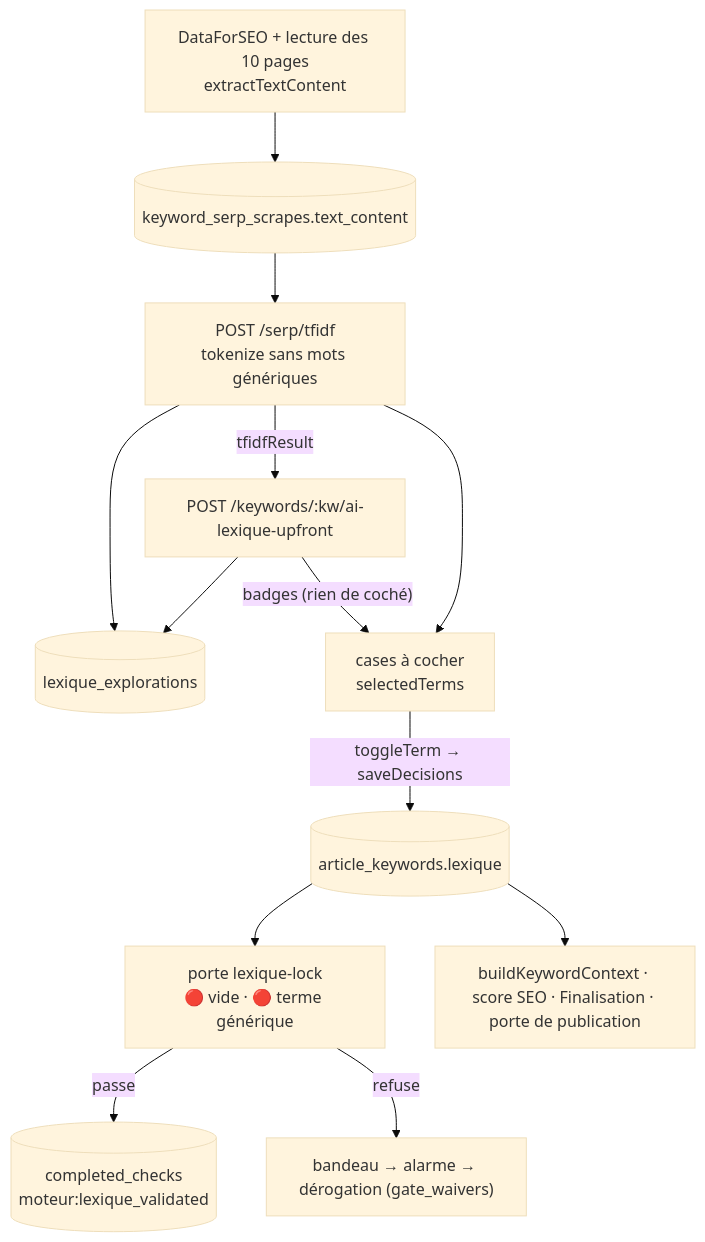
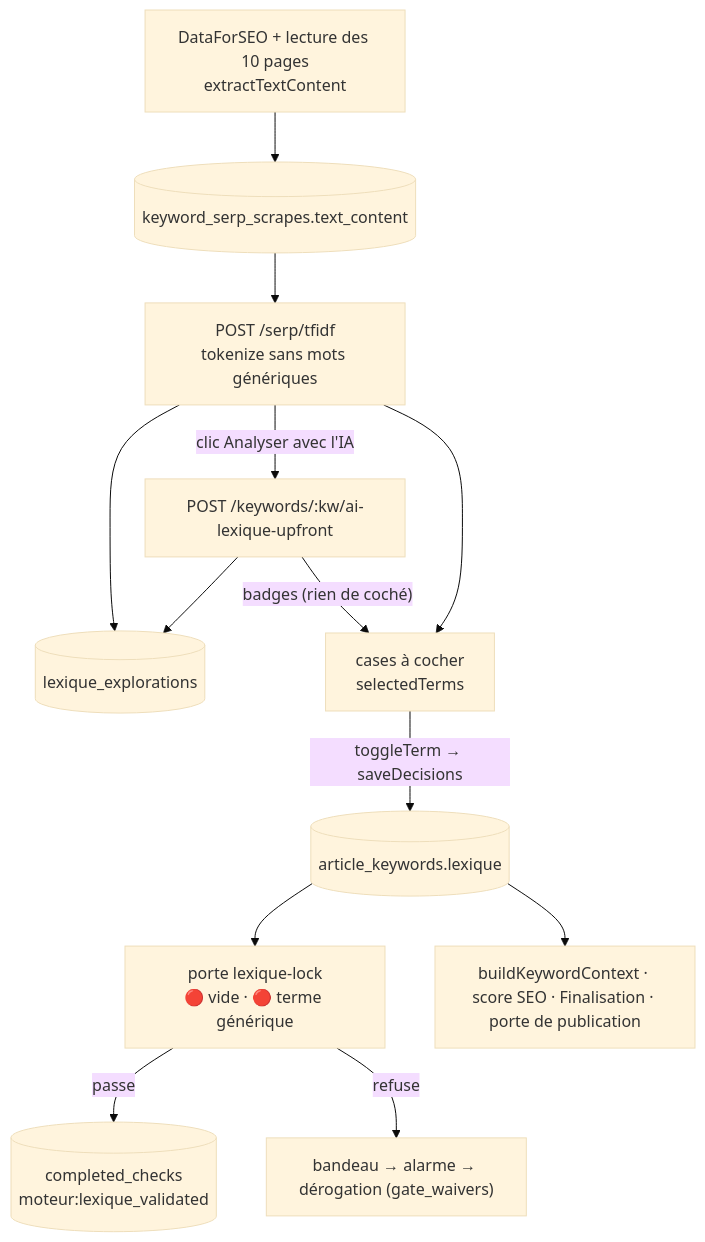
One commit to annubis-knight/Blog_Redactor_SEO changed the diagram in design/data-flows/lexique.md. Above: the diagram before and after it, drawn with Mermaid (base theme). The commit also changed other lines of this file and 17 other files, not shown here.

````diff
--- a/design/data-flows/lexique.md
+++ b/design/data-flows/lexique.md
@@ -116,15 +116,15 @@
 ```mermaid
 flowchart TD
   DFS["DataForSEO + lecture des 10 pages<br/>extractTextContent"] --> SCR[("keyword_serp_scrapes.text_content")]
   SCR --> TF["POST /serp/tfidf<br/>tokenize sans mots génériques"]
   TF --> LEX_EXP[("lexique_explorations")]
-  TF -- "tfidfResult" --> IA["POST /keywords/:kw/ai-lexique-upfront"]
+  TF -- "clic Analyser avec l'IA" --> IA["POST /keywords/:kw/ai-lexique-upfront"]
   IA --> LEX_EXP
   IA -- "badges (rien de coché)" --> CB["cases à cocher<br/>selectedTerms"]
   TF --> CB
   CB -- "toggleTerm → saveDecisions" --> AK[("article_keywords.lexique")]
   AK --> VER["porte lexique-lock<br/>🔴 vide · 🔴 terme générique"]
   VER -- "passe" --> STEP[("completed_checks<br/>moteur:lexique_validated")]
   VER -- "refuse" --> BAN["bandeau → alarme → dérogation (gate_waivers)"]
   AK --> RED["buildKeywordContext · score SEO · Finalisation · porte de publication"]
 ```
````
